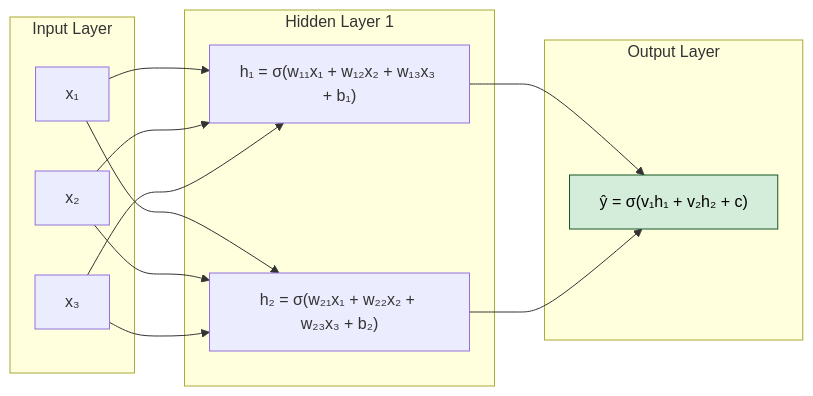
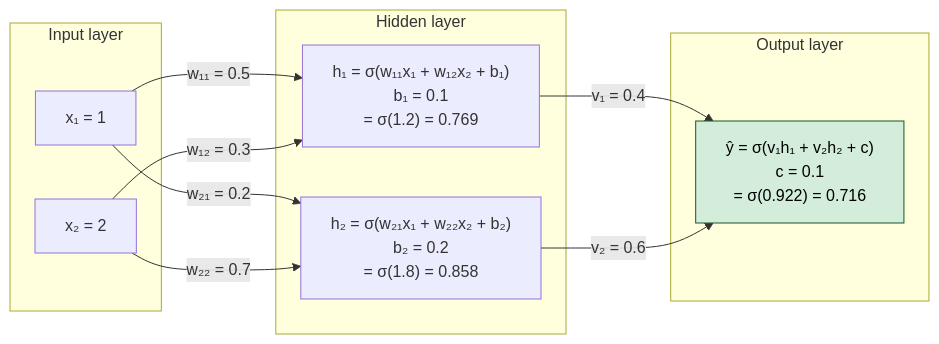
One commit to Hmago/ml4 changed diagram 19 of 47 in content/34_google_top10_ml_interview.md. Above: the diagram before and after it, drawn with Mermaid. The commit also changed other lines of this file and 59 other files, not shown here.

````diff
--- a/content/34_google_top10_ml_interview.md
+++ b/content/34_google_top10_ml_interview.md
@@ -1237,28 +1788,25 @@
 ```mermaid
 graph LR
-    subgraph "Input Layer"
-        X1["x₁"]
-        X2["x₂"]
-        X3["x₃"]
+    subgraph "Input layer"
+        X1["x₁ = 1"]
+        X2["x₂ = 2"]
     end
 
-    subgraph "Hidden Layer 1"
-        H1["h₁ = σ(w₁₁x₁ + w₁₂x₂ + w₁₃x₃ + b₁)"]
-        H2["h₂ = σ(w₂₁x₁ + w₂₂x₂ + w₂₃x₃ + b₂)"]
+    subgraph "Hidden layer"
+        H1["h₁ = σ(w₁₁x₁ + w₁₂x₂ + b₁)<br/>b₁ = 0.1<br/>= σ(1.2) = 0.769"]
+        H2["h₂ = σ(w₂₁x₁ + w₂₂x₂ + b₂)<br/>b₂ = 0.2<br/>= σ(1.8) = 0.858"]
     end
 
-    subgraph "Output Layer"
-        O["ŷ = σ(v₁h₁ + v₂h₂ + c)"]
+    subgraph "Output layer"
+        O["ŷ = σ(v₁h₁ + v₂h₂ + c)<br/>c = 0.1<br/>= σ(0.922) = 0.716"]
     end
 
-    X1 --> H1
-    X1 --> H2
-    X2 --> H1
-    X2 --> H2
-    X3 --> H1
-    X3 --> H2
-    H1 --> O
-    H2 --> O
+    X1 -->|"w₁₁ = 0.5"| H1
+    X2 -->|"w₁₂ = 0.3"| H1
+    X1 -->|"w₂₁ = 0.2"| H2
+    X2 -->|"w₂₂ = 0.7"| H2
+    H1 -->|"v₁ = 0.4"| O
+    H2 -->|"v₂ = 0.6"| O
 
     style O fill:#d4edda,stroke:#155724,color:#000
 ```
````
